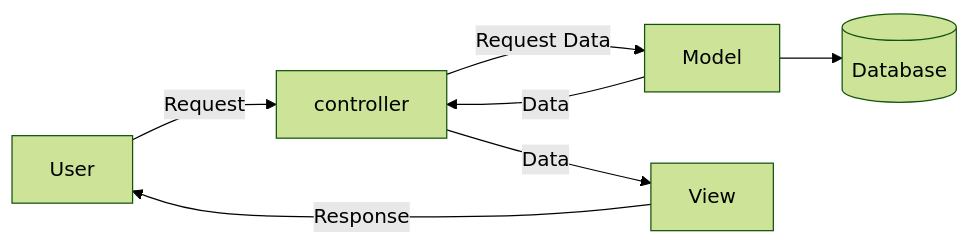
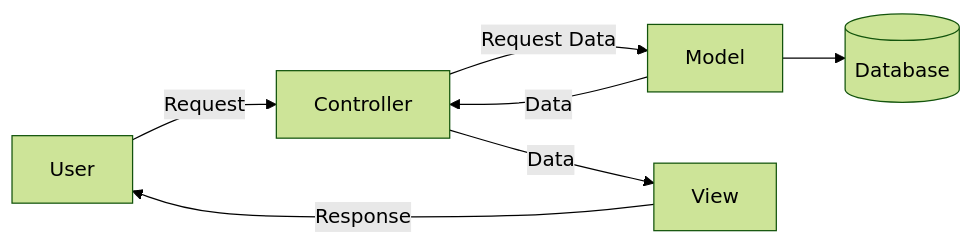
One commit to JoaoRafa19/mastering-go-codeheim changed the diagram in README.md. Above: the diagram before and after it, drawn with Mermaid (forest theme). The commit also changed other lines of this file, not shown here.

````diff
--- a/README.md
+++ b/README.md
@@ -7,11 +7,9 @@
-    ```mermaid
-    flowchart LR
-
-
-    R[User] -->|Request| C[controller]
+```mermaid
+flowchart LR
+    R[User] -->|Request| C[Controller]
     C -->|Request Data| M[Model]
     M -->|Data| C
     C -->|Data| V[View]
     V -->|Response| R
     M --> D[(Database)]
-    ```
+```
````
